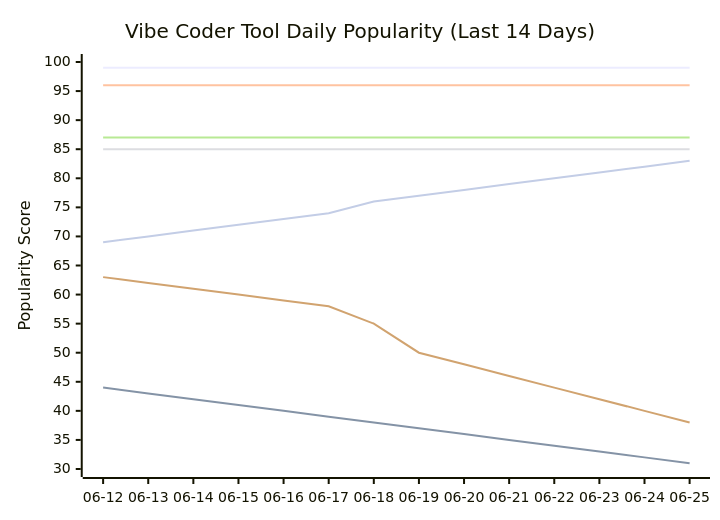
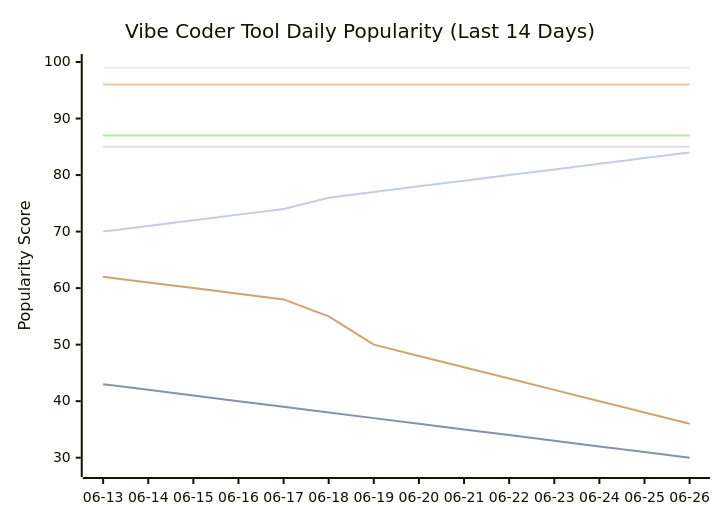
One commit to tykimos/ai-whatchelin changed the seventh of 11 diagrams in README.md. Above: the diagram before and after it, drawn with Mermaid. The commit also changed other lines of this file and 4 other files, not shown here.

````diff
--- a/README.md
+++ b/README.md
@@ -1726,13 +1733,13 @@
 ```mermaid
 xychart-beta
     title "Vibe Coder Tool Daily Popularity (Last 14 Days)"
-    x-axis ["06-12", "06-13", "06-14", "06-15", "06-16", "06-17", "06-18", "06-19", "06-20", "06-21", "06-22", "06-23", "06-24", "06-25"]
-    y-axis "Popularity Score" 30 --> 100
+    x-axis ["06-13", "06-14", "06-15", "06-16", "06-17", "06-18", "06-19", "06-20", "06-21", "06-22", "06-23", "06-24", "06-25", "06-26"]
+    y-axis "Popularity Score" 28 --> 100
     line "Claude Code" [99, 99, 99, 99, 99, 99, 99, 99, 99, 99, 99, 99, 99, 99]
-    line "GH Copilot" [44, 43, 42, 41, 40, 39, 38, 37, 36, 35, 34, 33, 32, 31]
+    line "GH Copilot" [43, 42, 41, 40, 39, 38, 37, 36, 35, 34, 33, 32, 31, 30]
     line "Cursor" [96, 96, 96, 96, 96, 96, 96, 96, 96, 96, 96, 96, 96, 96]
     line "Windsurf" [85, 85, 85, 85, 85, 85, 85, 85, 85, 85, 85, 85, 85, 85]
     line "Codex CLI" [87, 87, 87, 87, 87, 87, 87, 87, 87, 87, 87, 87, 87, 87]
-    line "Gemini CLI" [63, 62, 61, 60, 59, 58, 55, 50, 48, 46, 44, 42, 40, 38]
-    line "Antigravity" [69, 70, 71, 72, 73, 74, 76, 77, 78, 79, 80, 81, 82, 83]
+    line "Gemini CLI" [62, 61, 60, 59, 58, 55, 50, 48, 46, 44, 42, 40, 38, 36]
+    line "Antigravity" [70, 71, 72, 73, 74, 76, 77, 78, 79, 80, 81, 82, 83, 84]
 ```
````
